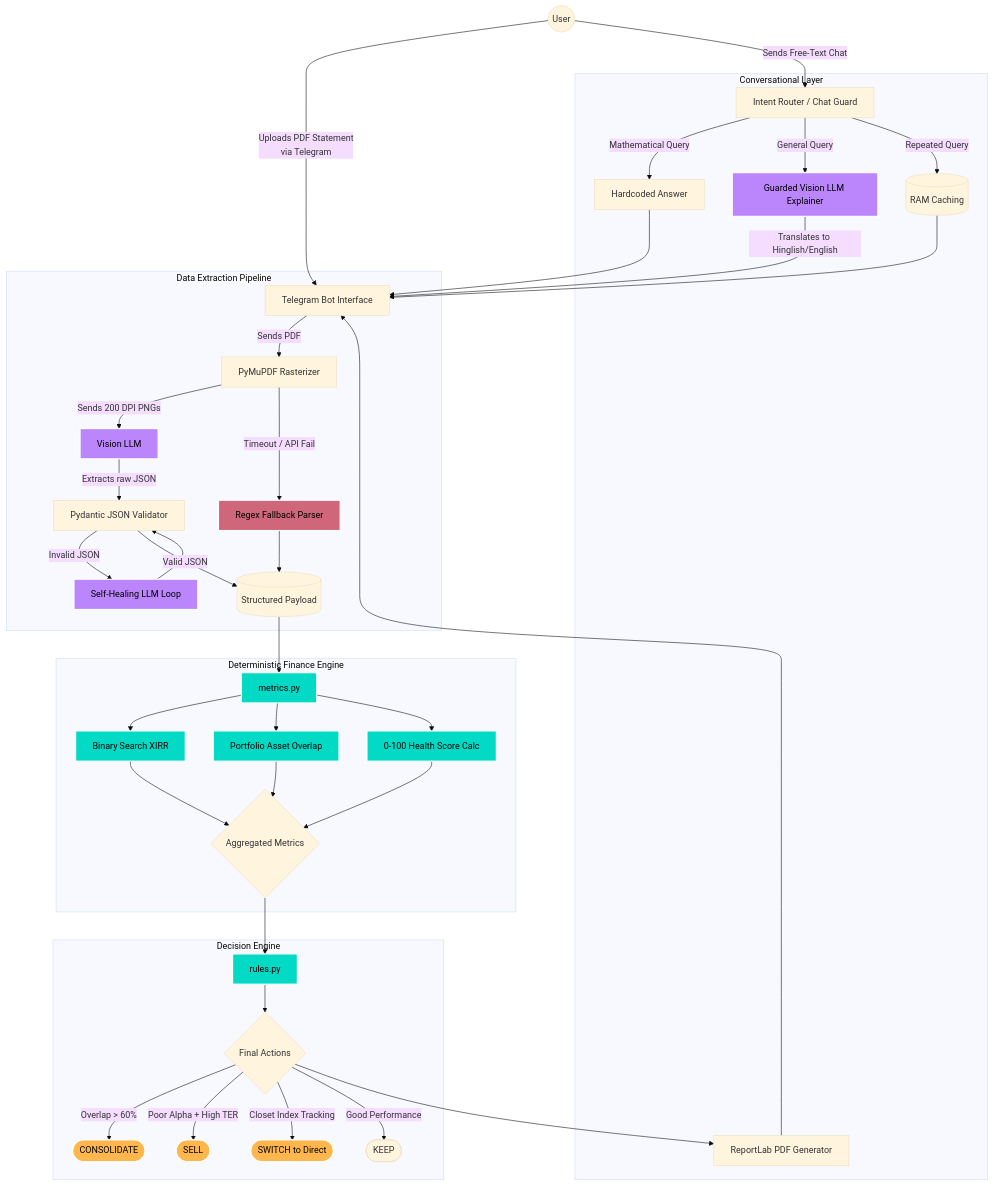
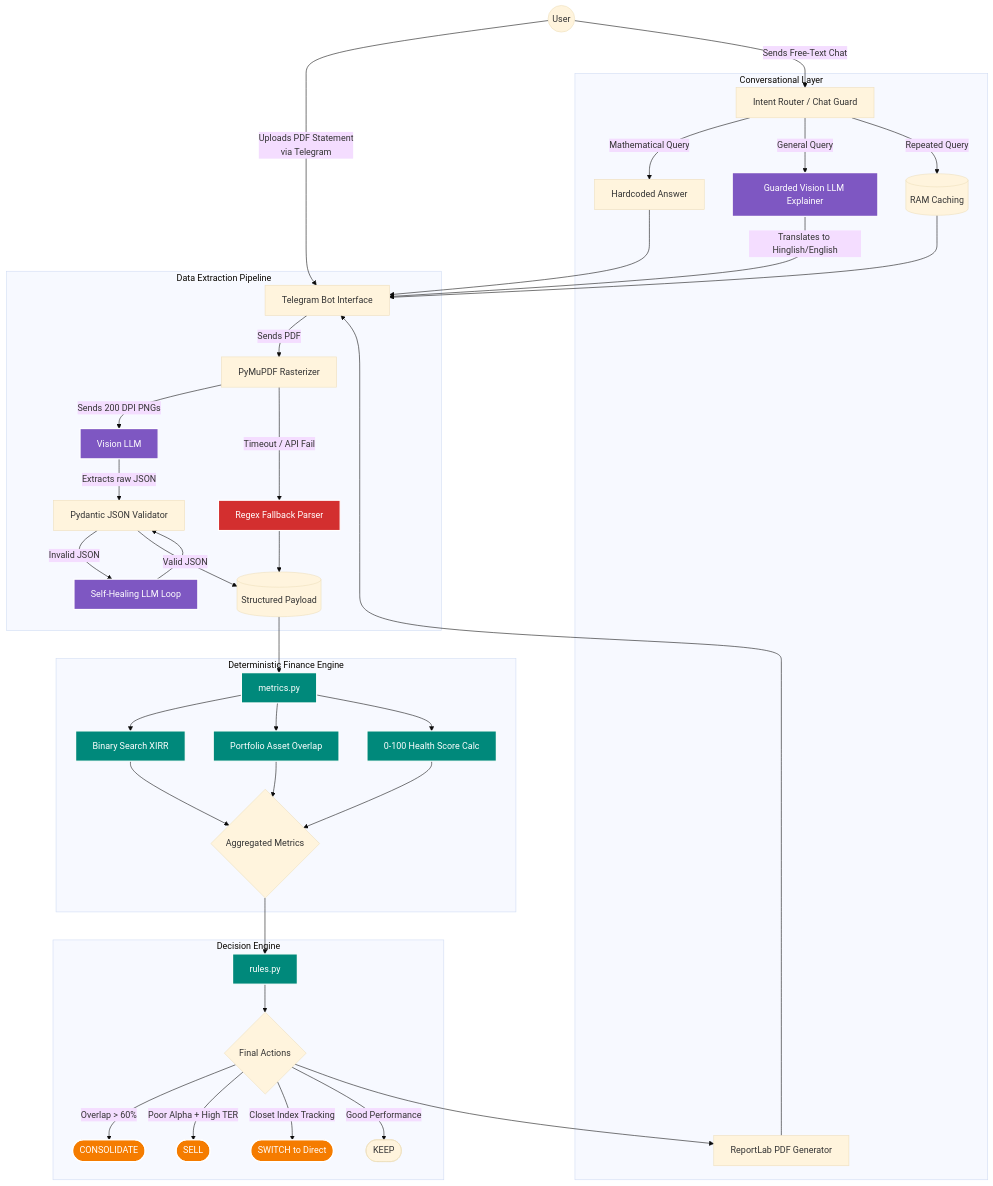
Before and after one commit to ansh-0069/Economic-Times-Solution: the diagram in telegram-bot/architecture.md, drawn with Mermaid (base theme). The commit also changed 1 other file, not shown here.

Commit message:
Fix mermaid diagram visibility and add theming to root architecture

````diff
--- a/telegram-bot/architecture.md
+++ b/telegram-bot/architecture.md
@@ -7,68 +7,68 @@
 ```mermaid
 graph TD
     %% User Inputs
     User((User)) -->|Uploads PDF Statement\nvia Telegram| TBot[Telegram Bot Interface]
     User -->|Sends Free-Text Chat| Router[Intent Router / Chat Guard]
 
     %% Extraction Pipeline (Multimodal + Fallbacks)
     subgraph Data Extraction Pipeline
         TBot -->|Sends PDF| ImageRasterizer[PyMuPDF Rasterizer]
         ImageRasterizer -->|Sends 200 DPI PNGs| Vision[Vision LLM]
         Vision -->|Extracts raw JSON| Pydantic[Pydantic JSON Validator]
         
         Pydantic -- Invalid JSON --> Repair[Self-Healing LLM Loop]
         Repair --> Pydantic
         
         Pydantic -- Valid JSON --> StructuredData[(Structured Payload)]
         
         ImageRasterizer -- Timeout / API Fail --> RegexMatcher[Regex Fallback Parser]
         RegexMatcher --> StructuredData
     end
 
     %% Deterministic Mathematical Engine
     subgraph Deterministic Finance Engine 
         StructuredData --> Metrics[metrics.py]
         Metrics --> XIRR[Binary Search XIRR]
         Metrics --> Overlap[Portfolio Asset Overlap]
         Metrics --> Health[0-100 Health Score Calc]
         
         XIRR --> FinancialTruth{Aggregated Metrics}
         Overlap --> FinancialTruth
         Health --> FinancialTruth
     end
 
     %% Strict Business Rules Engine
     subgraph Decision Engine
         FinancialTruth --> Rules[rules.py]
         Rules --> Actions{Final Actions}
         Actions -->|Overlap > 60%| Consolidate([CONSOLIDATE])
         Actions -->|Poor Alpha + High TER| Sell([SELL])
         Actions -->|Closet Index Tracking| Switch([SWITCH to Direct])
         Actions -->|Good Performance| Keep([KEEP])
     end
 
     %% Glass-Box AI Presentation Layer
     subgraph Conversational Layer
         Actions --> PDFGen[ReportLab PDF Generator]
         PDFGen --> TBot
         
         Router -- Mathematical Query --> DeterministicResponse[Hardcoded Answer]
         Router -- General Query --> GuardedLLM[Guarded Vision LLM Explainer]
         Router -- Repeated Query --> Cache[(RAM Caching)]
         
         GuardedLLM -->|Translates to Hinglish/English| TBot
         DeterministicResponse --> TBot
         Cache --> TBot
     end
 
-    %% Theming
-    classDef llm fill:#bb86fc,stroke:#fff,stroke-width:2px,color:#000;
-    classDef logic fill:#03dac6,stroke:#fff,stroke-width:2px,color:#000;
-    classDef fail-safe fill:#cf6679,stroke:#fff,stroke-width:2px,color:#000;
-    classDef action fill:#ffb74d,stroke:#fff,stroke-width:2px,color:#000;
+    %% Theming (High Contrast for Dark/Light Mode)
+    classDef llm fill:#7E57C2,stroke:#fff,stroke-width:2px,color:#fff;
+    classDef logic fill:#00897B,stroke:#fff,stroke-width:2px,color:#fff;
+    classDef fail-safe fill:#D32F2F,stroke:#fff,stroke-width:2px,color:#fff;
+    classDef action fill:#F57C00,stroke:#fff,stroke-width:2px,color:#fff;
     
     class Vision,Repair,GuardedLLM llm;
     class Metrics,XIRR,Overlap,Health,Rules logic;
     class RegexMatcher fail-safe;
     class Consolidate,Sell,Switch action;
 ```
````
